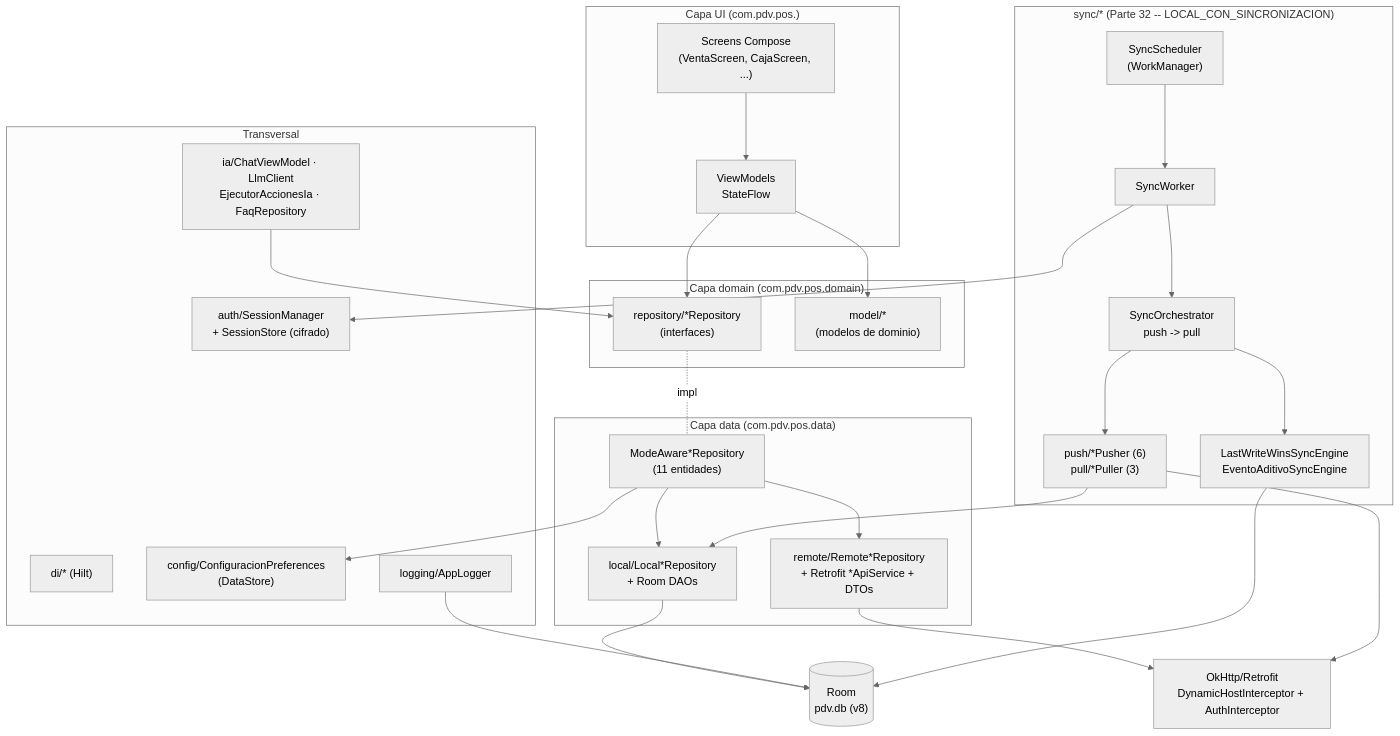
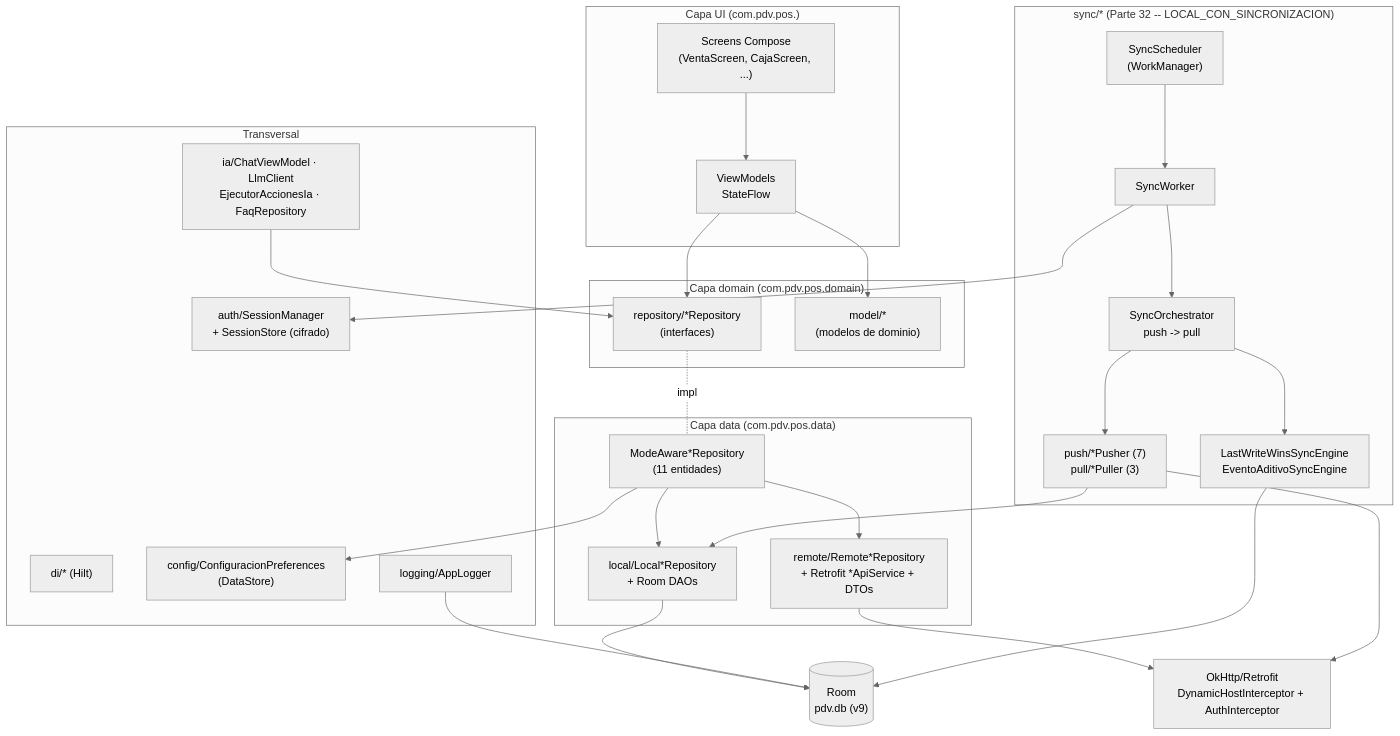
Before and after one commit to GermanALS/PDV: the third of 12 diagrams in docs/manual-tecnico.md, drawn with Mermaid (neutral theme). The commit also changed other lines of this file and 4 other files, not shown here.

````diff
--- a/docs/manual-tecnico.md
+++ b/docs/manual-tecnico.md
@@ -161,54 +162,54 @@
 ```mermaid
 flowchart TD
     subgraph UI["Capa UI (com.pdv.pos.<modulo>)"]
         S["Screens Compose\n(VentaScreen, CajaScreen, ...)"]
         VM["ViewModels\nStateFlow<UiState>"]
     end
 
     subgraph DOMAIN["Capa domain (com.pdv.pos.domain)"]
         RIF["repository/*Repository\n(interfaces)"]
         MOD["model/*\n(modelos de dominio)"]
     end
 
     subgraph DATA["Capa data (com.pdv.pos.data)"]
         MA["ModeAware*Repository\n(11 entidades)"]
         LOC["local/Local*Repository\n+ Room DAOs"]
         REM["remote/Remote*Repository\n+ Retrofit *ApiService + DTOs"]
     end
 
     subgraph SYNCG["sync/* (Parte 32 -- LOCAL_CON_SINCRONIZACION)"]
         SCHED["SyncScheduler\n(WorkManager)"]
         WORKER["SyncWorker"]
         ORCH["SyncOrchestrator\npush -> pull"]
-        PP["push/*Pusher (6)\npull/*Puller (3)"]
+        PP["push/*Pusher (7)\npull/*Puller (3)"]
         ENGINE["LastWriteWinsSyncEngine\nEventoAditivoSyncEngine"]
     end
 
     subgraph CROSS["Transversal"]
         DI["di/* (Hilt)"]
         SESS["auth/SessionManager\n+ SessionStore (cifrado)"]
         PREF["config/ConfiguracionPreferences\n(DataStore)"]
         LOG["logging/AppLogger"]
         IA["ia/ChatViewModel · LlmClient\nEjecutorAccionesIa · FaqRepository"]
     end
 
-    ROOM[("Room\npdv.db (v8)")]
+    ROOM[("Room\npdv.db (v9)")]
     HTTP["OkHttp/Retrofit\nDynamicHostInterceptor + AuthInterceptor"]
 
     S --> VM --> RIF
     RIF -.impl.- MA
     MA --> LOC
     MA --> REM
     MA --> PREF
     LOC --> ROOM
     REM --> HTTP
     VM --> MOD
     IA --> RIF
     LOG --> ROOM
 
     SCHED --> WORKER --> ORCH --> PP
     PP --> LOC
     PP --> HTTP
     ORCH --> ENGINE --> ROOM
     WORKER --> SESS
 ```
````
